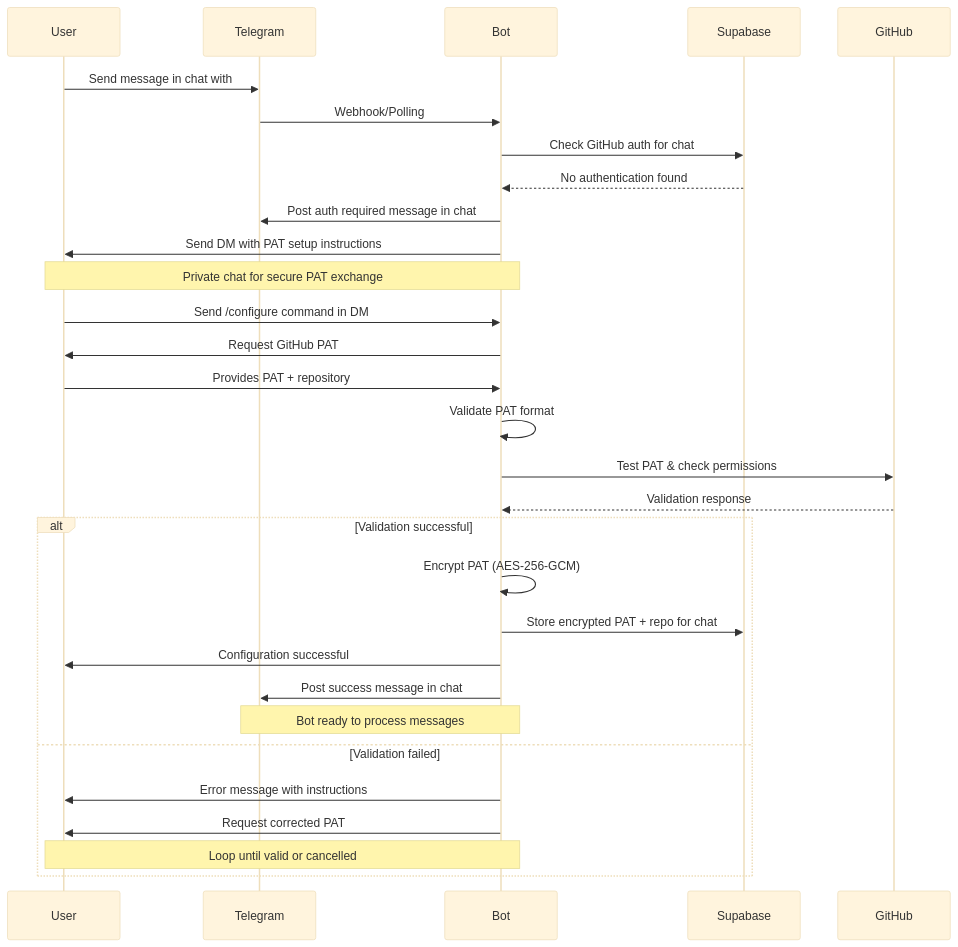
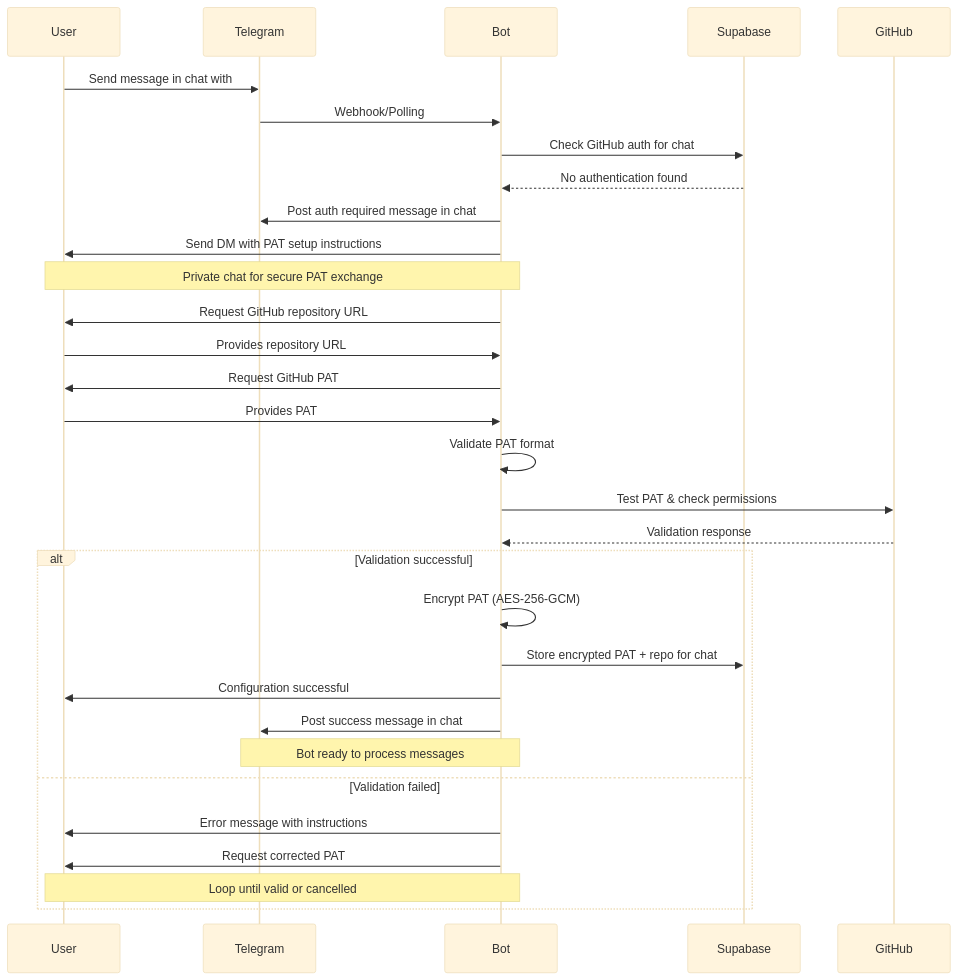
Before and after one commit to majus/telegit: the third of 11 diagrams in PRD.md, drawn with Mermaid (base theme). The commit also changed other lines of this file and 4 other files, not shown here.

````diff
--- a/PRD.md
+++ b/PRD.md
@@ -120,37 +120,38 @@
 ```mermaid
 sequenceDiagram
     participant User
     participant Telegram
     participant Bot
     participant Supabase
     participant GitHub
 
     User->>Telegram: Send message in chat with #tag/@mention
     Telegram->>Bot: Webhook/Polling
     Bot->>Supabase: Check GitHub auth for chat
     Supabase-->>Bot: No authentication found
 
     Bot->>Telegram: Post auth required message in chat
     Bot->>User: Send DM with PAT setup instructions
     Note over Bot,User: Private chat for secure PAT exchange
 
-    User->>Bot: Send /configure command in DM
+    Bot->>User: Request GitHub repository URL
+    User->>Bot: Provides repository URL
     Bot->>User: Request GitHub PAT
-    User->>Bot: Provides PAT + repository
+    User->>Bot: Provides PAT
 
     Bot->>Bot: Validate PAT format
     Bot->>GitHub: Test PAT & check permissions
     GitHub-->>Bot: Validation response
 
     alt Validation successful
         Bot->>Bot: Encrypt PAT (AES-256-GCM)
         Bot->>Supabase: Store encrypted PAT + repo for chat
         Bot->>User: Configuration successful
         Bot->>Telegram: Post success message in chat
         Note over Bot,Telegram: Bot ready to process messages
     else Validation failed
         Bot->>User: Error message with instructions
         Bot->>User: Request corrected PAT
         Note over Bot,User: Loop until valid or cancelled
     end
 ```
````
